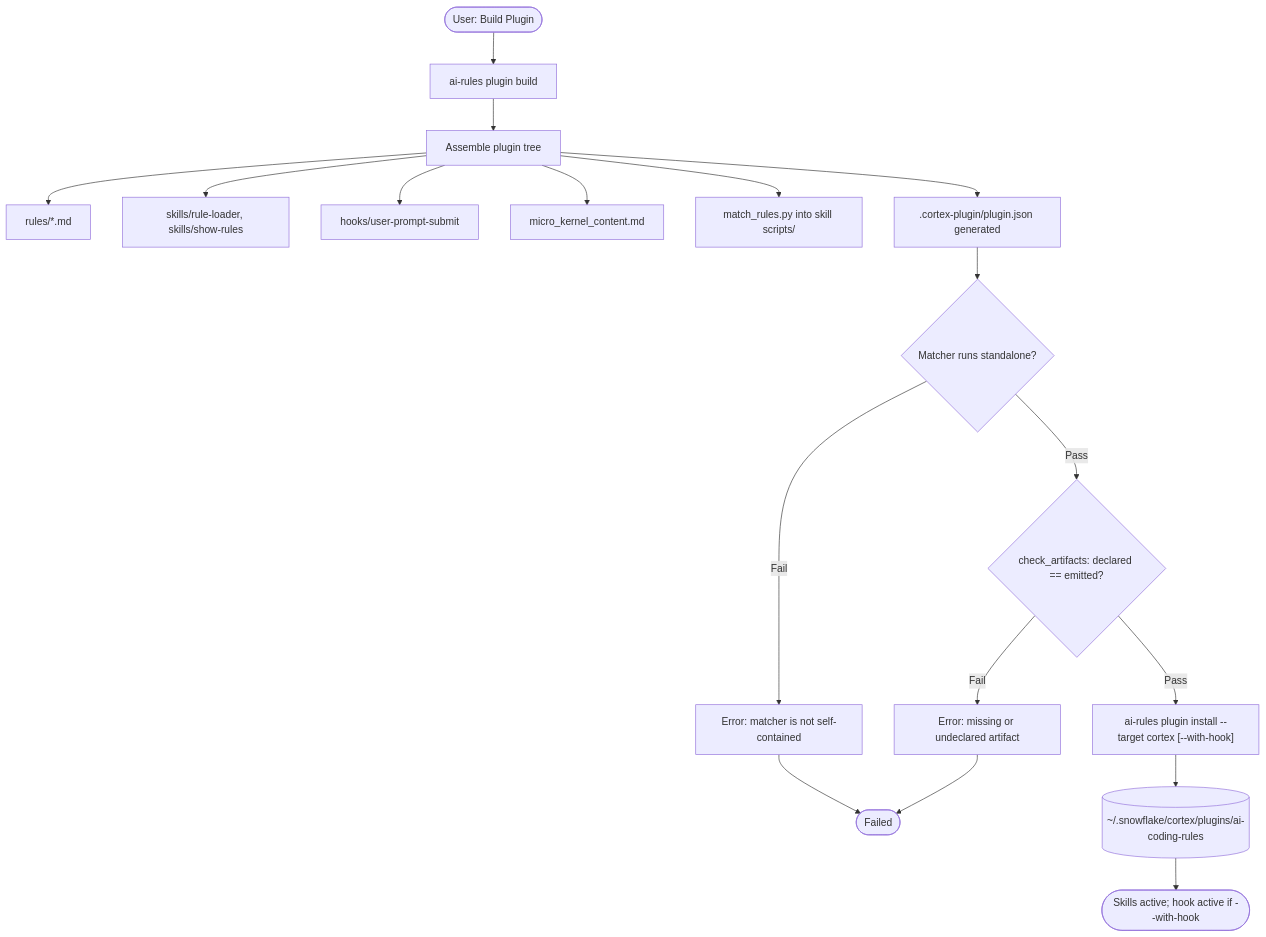
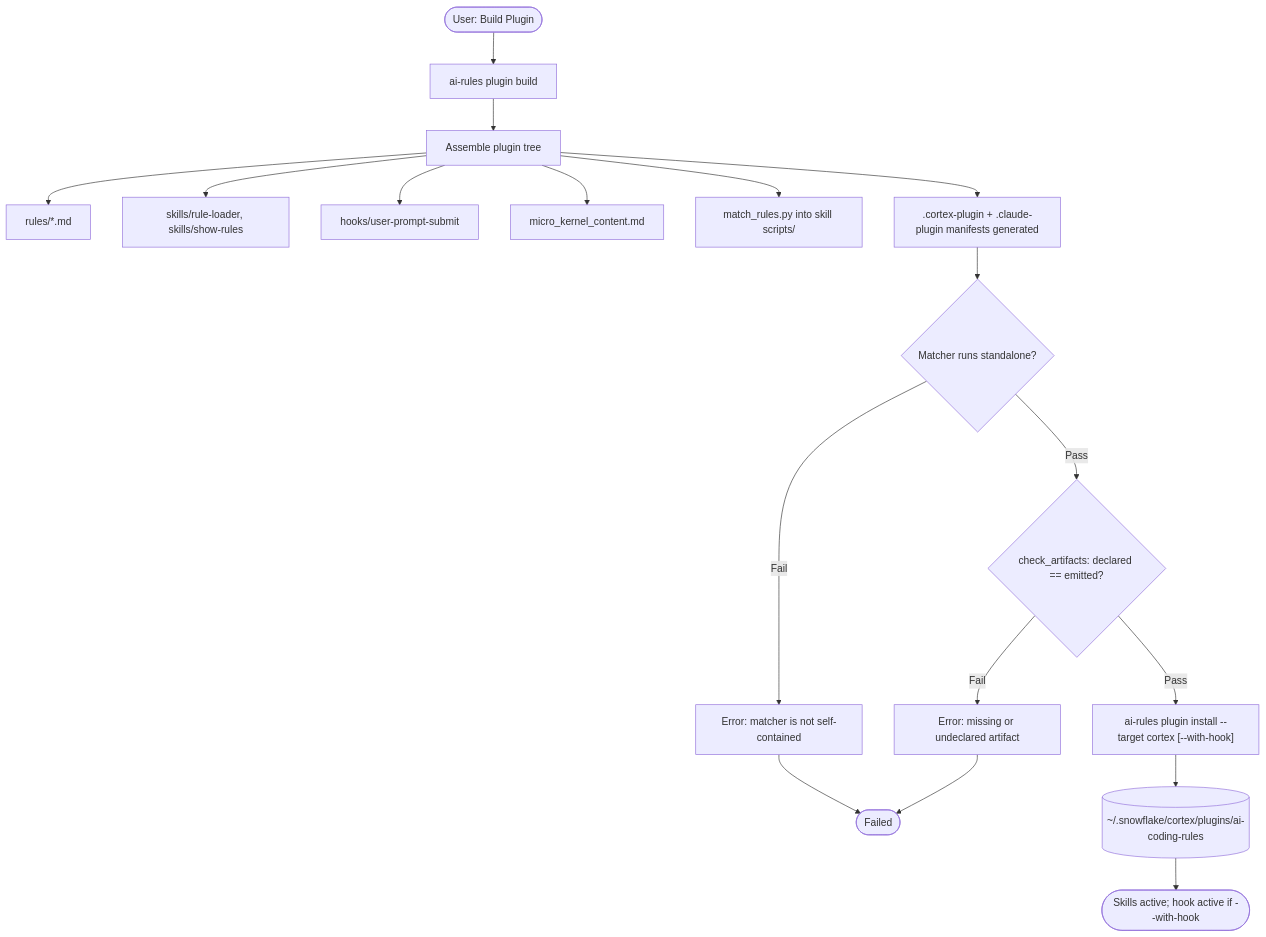
The second of 2 diagrams in docs/ARCHITECTURE.md (sfc-gh-myoung/ai_coding_rules), drawn with Mermaid before and after one commit. The commit also changed other lines of this file and 34 other files, not shown here.

````diff
--- a/docs/ARCHITECTURE.md
+++ b/docs/ARCHITECTURE.md
@@ -518,21 +520,21 @@
 ```mermaid
 flowchart TD
     Start([User: Build Plugin]) --> Command
     Command["ai-rules plugin build"] --> Assemble
     Assemble[Assemble plugin tree] --> CopyRules[rules/*.md]
     Assemble --> CopySkills[skills/rule-loader, skills/show-rules]
     Assemble --> CopyHook[hooks/user-prompt-submit]
     Assemble --> CopyKernel[micro_kernel_content.md]
     Assemble --> CopyMatcher[match_rules.py into skill scripts/]
-    Assemble --> Manifest[.cortex-plugin/plugin.json generated]
+    Assemble --> Manifest[.cortex-plugin + .claude-plugin manifests generated]
     Manifest --> Standalone{Matcher runs standalone?}
     Standalone -->|Fail| Error[Error: matcher is not self-contained]
     Standalone -->|Pass| Contract{check_artifacts: declared == emitted?}
     Contract -->|Fail| Error2[Error: missing or undeclared artifact]
     Contract -->|Pass| Install["ai-rules plugin install --target cortex [--with-hook]"]
     Install --> Registry[(~/.snowflake/cortex/plugins/ai-coding-rules)]
     Registry --> Active([Skills active; hook active if --with-hook])
 
     Error --> End([Failed])
     Error2 --> End
 ```
````
